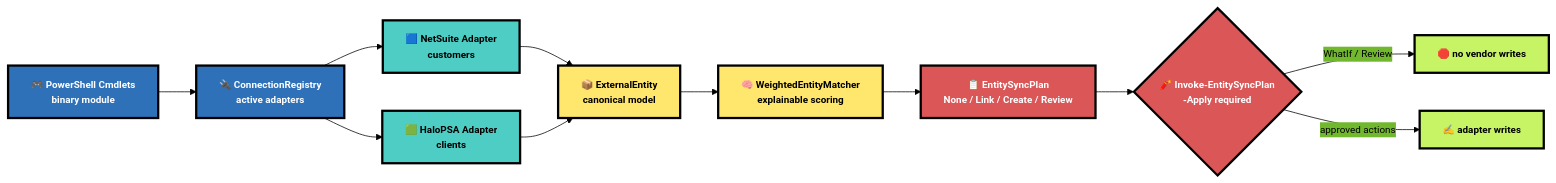
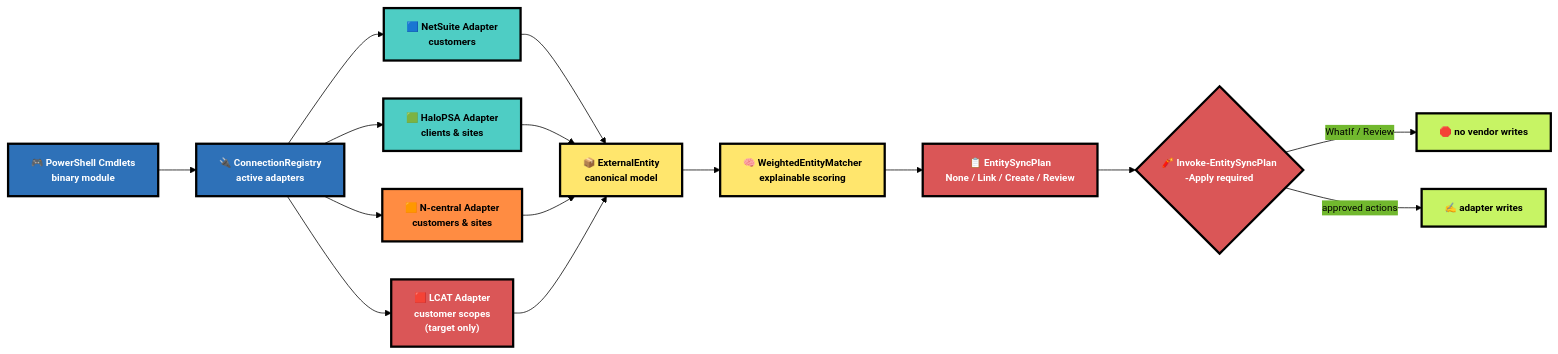
One commit to LISSConsulting/LISSTech.EntitySync changed the first of 2 diagrams in README.md. Above: the diagram before and after it, drawn with Mermaid. The commit also changed other lines of this file and 4 other files, not shown here.

First line of the commit message:
@ Refresh operator-facing stale text: README tagline/badge/diagram and psd1 Tags now list all four vendors

````diff
--- a/README.md
+++ b/README.md
@@ -109,26 +111,34 @@
 ```mermaid
 %%{init: {'theme': 'base', 'themeVariables': {'fontFamily': 'monospace', 'fontSize': '13px', 'primaryColor': '#2E71B8', 'primaryBorderColor': '#000', 'primaryTextColor': '#000', 'lineColor': '#000'}}}%%
 graph LR
     A["🎮 PowerShell Cmdlets<br/>binary module"] --> B["🔌 ConnectionRegistry<br/>active adapters"]
     B --> C["🟦 NetSuite Adapter<br/>customers"]
-    B --> D["🟩 HaloPSA Adapter<br/>clients"]
+    B --> D["🟩 HaloPSA Adapter<br/>clients & sites"]
+    B --> K["🟧 N-central Adapter<br/>customers & sites"]
+    B --> L["🟥 LCAT Adapter<br/>customer scopes<br/>(target only)"]
     C --> E["📦 ExternalEntity<br/>canonical model"]
     D --> E
+    K --> E
+    L --> E
     E --> F["🧠 WeightedEntityMatcher<br/>explainable scoring"]
     F --> G["📋 EntitySyncPlan<br/>None / Link / Create / Review"]
     G --> H{"🧨 Invoke-EntitySyncPlan<br/>-Apply required"}
     H -->|"WhatIf / Review"| I["🛑 no vendor writes"]
     H -->|"approved actions"| J["✍️ adapter writes"]
 
     classDef blue fill:#2E71B8,stroke:#000,stroke-width:3px,color:#fff,font-weight:bold
     classDef mint fill:#4ECDC4,stroke:#000,stroke-width:3px,color:#000,font-weight:bold
+    classDef orange fill:#FF8C42,stroke:#000,stroke-width:3px,color:#000,font-weight:bold
+    classDef red2 fill:#DA5657,stroke:#000,stroke-width:3px,color:#fff,font-weight:bold
     classDef amber fill:#FFE66D,stroke:#000,stroke-width:3px,color:#000,font-weight:bold
     classDef red fill:#DA5657,stroke:#000,stroke-width:3px,color:#fff,font-weight:bold
     classDef green fill:#C7F464,stroke:#000,stroke-width:3px,color:#000,font-weight:bold
 
     class A,B blue
     class C,D mint
+    class K orange
+    class L red2
     class E,F amber
     class G,H red
     class I,J green
 ```
````
